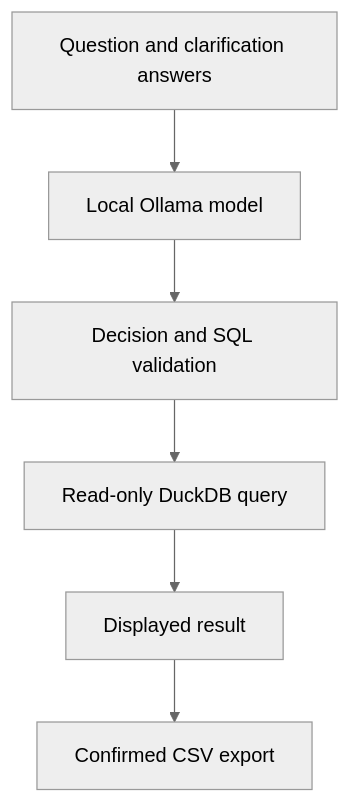
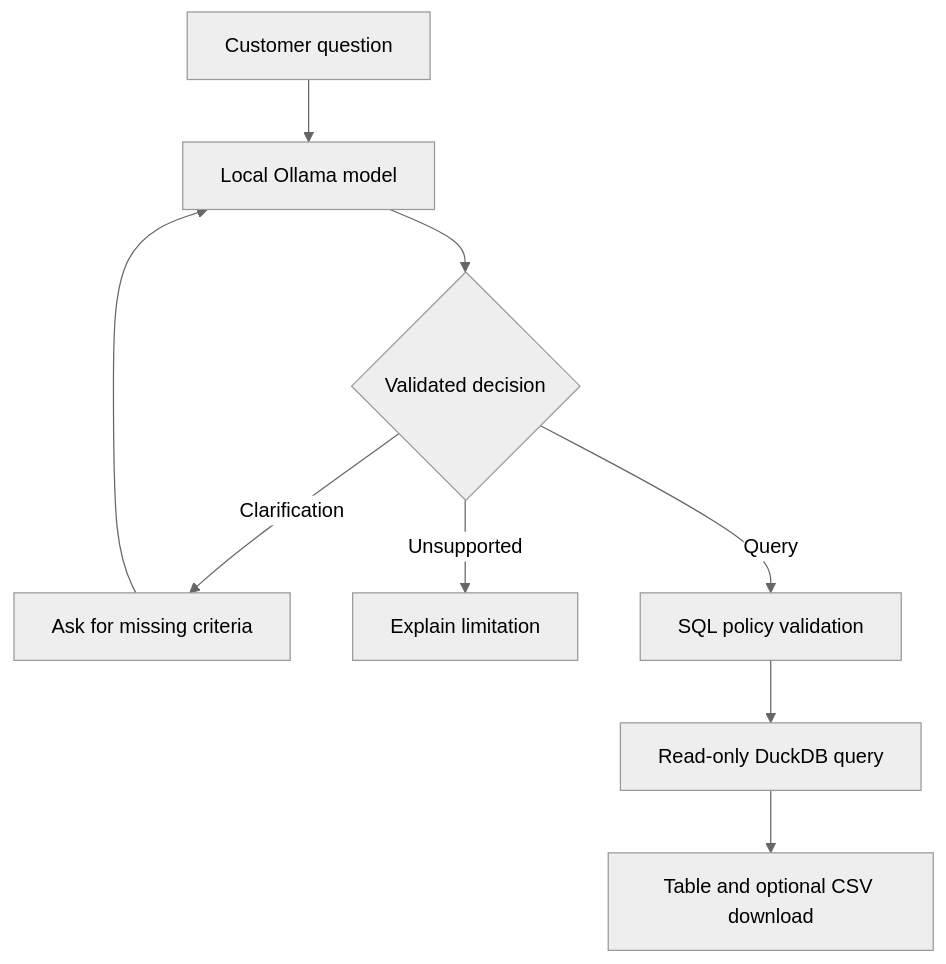
One commit to SL14-SL/llm-customer-segmentation-assistant changed the diagram in README.md. Above: the diagram before and after it, drawn with Mermaid (neutral theme). The commit also changed other lines of this file and 3 other files, not shown here.

````diff
--- a/README.md
+++ b/README.md
@@ -49,8 +60,11 @@
 ```mermaid
 flowchart TD
-    A["Question and clarification answers"] --> B["Local Ollama model"]
-    B --> C["Decision and SQL validation"]
-    C --> D["Read-only DuckDB query"]
-    D --> E["Displayed result"]
-    E --> F["Confirmed CSV export"]
+    A["Customer question"] --> B["Local Ollama model"]
+    B --> C{"Validated decision"}
+    C -->|Clarification| D["Ask for missing criteria"]
+    D --> B
+    C -->|Unsupported| E["Explain limitation"]
+    C -->|Query| F["SQL policy validation"]
+    F --> G["Read-only DuckDB query"]
+    G --> H["Table and optional CSV download"]
 ```
````
